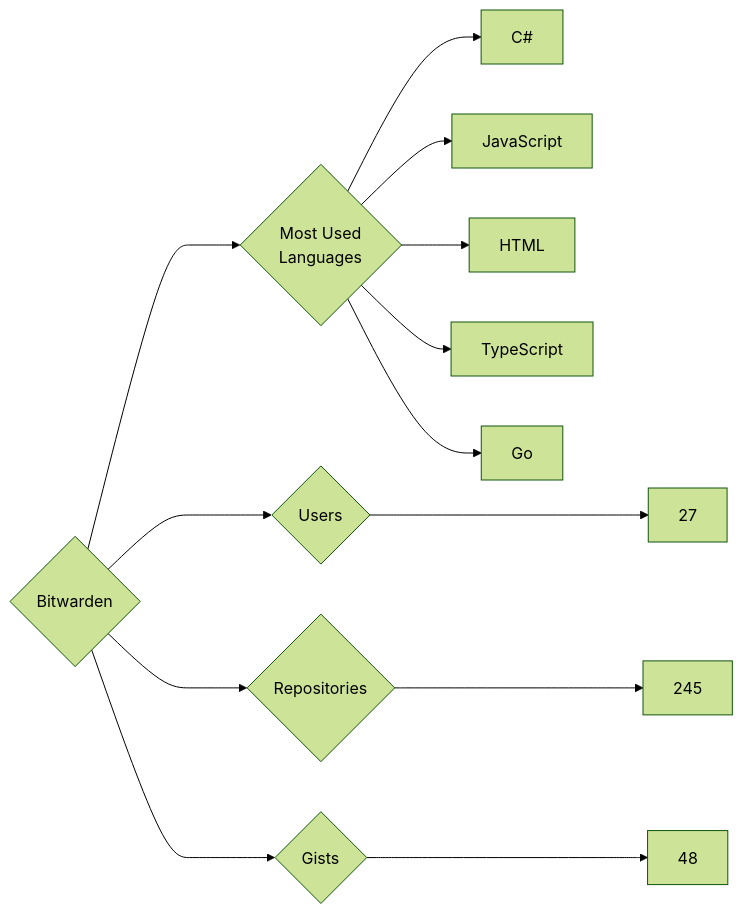
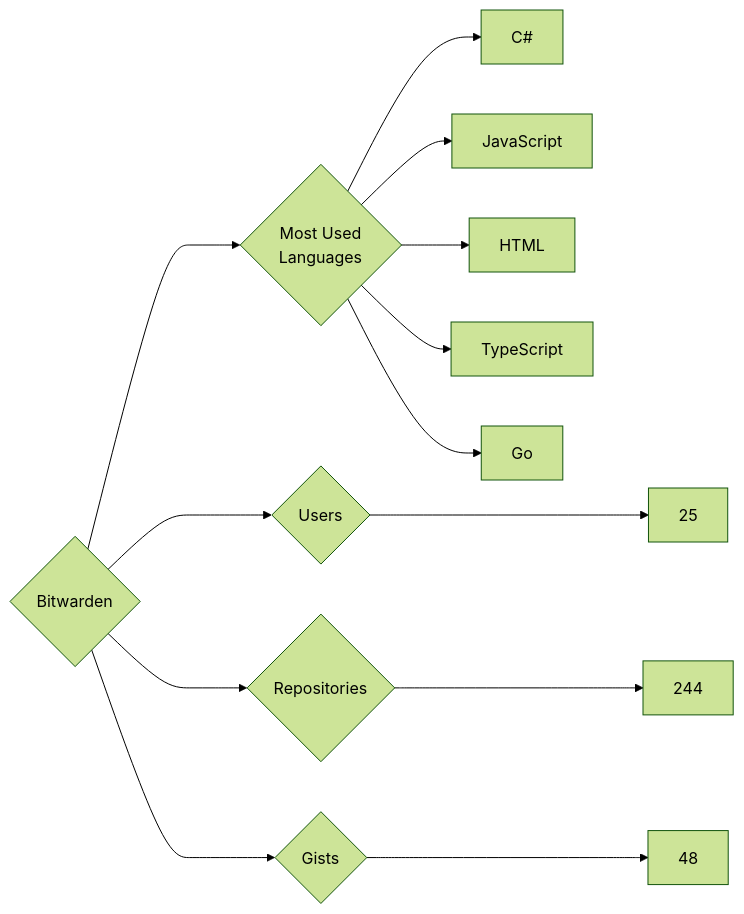
One commit to trickest/insiders changed the diagram in targets/Bitwarden/README.md. Above: the diagram before and after it, drawn with Mermaid (forest theme). The commit also changed 644 other files, not shown here.

````diff
--- a/targets/Bitwarden/README.md
+++ b/targets/Bitwarden/README.md
@@ -3,13 +3,13 @@
 ```mermaid
 graph LR
 COMPANY_NAME{Bitwarden}
-COMPANY_NAME ---> U{Users} ---> UN[27]
-COMPANY_NAME ---> R{Repositories} ---> RN[245]
+COMPANY_NAME ---> U{Users} ---> UN[25]
+COMPANY_NAME ---> R{Repositories} ---> RN[244]
 COMPANY_NAME ---> G{Gists} ---> GN[48]
 COMPANY_NAME ---> ML{Most Used<br>Languages}
 ML --> C#[C#]
 ML --> JavaScript[JavaScript]
 ML --> HTML[HTML]
 ML --> TypeScript[TypeScript]
 ML --> Go[Go]
 ```
````
